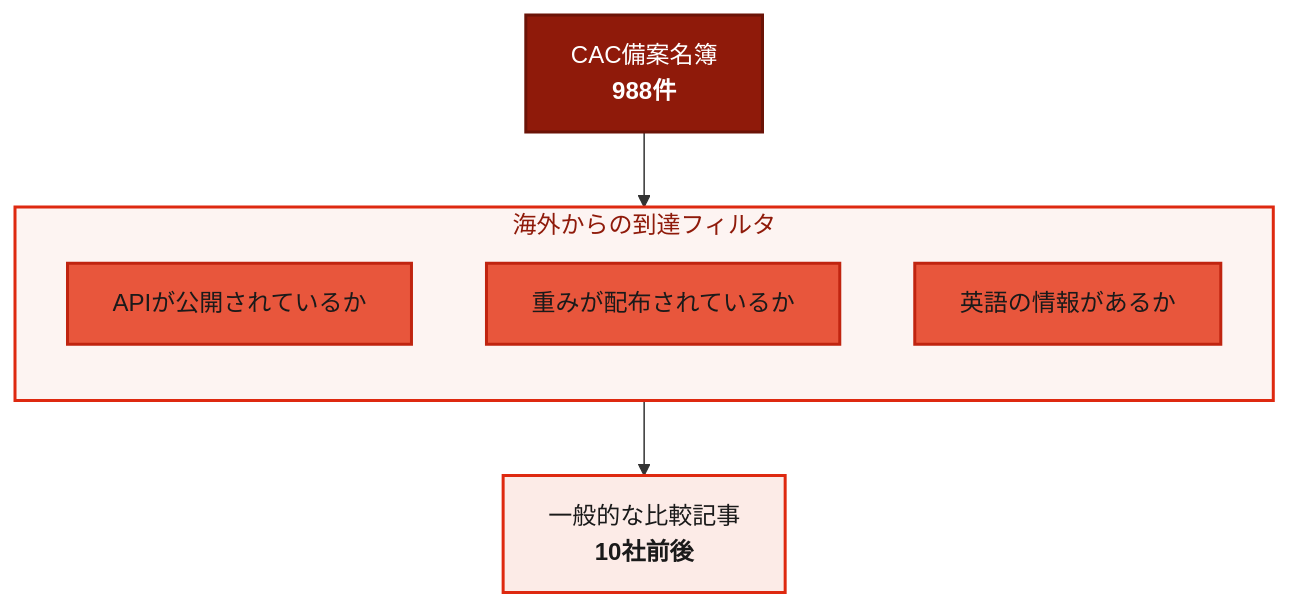
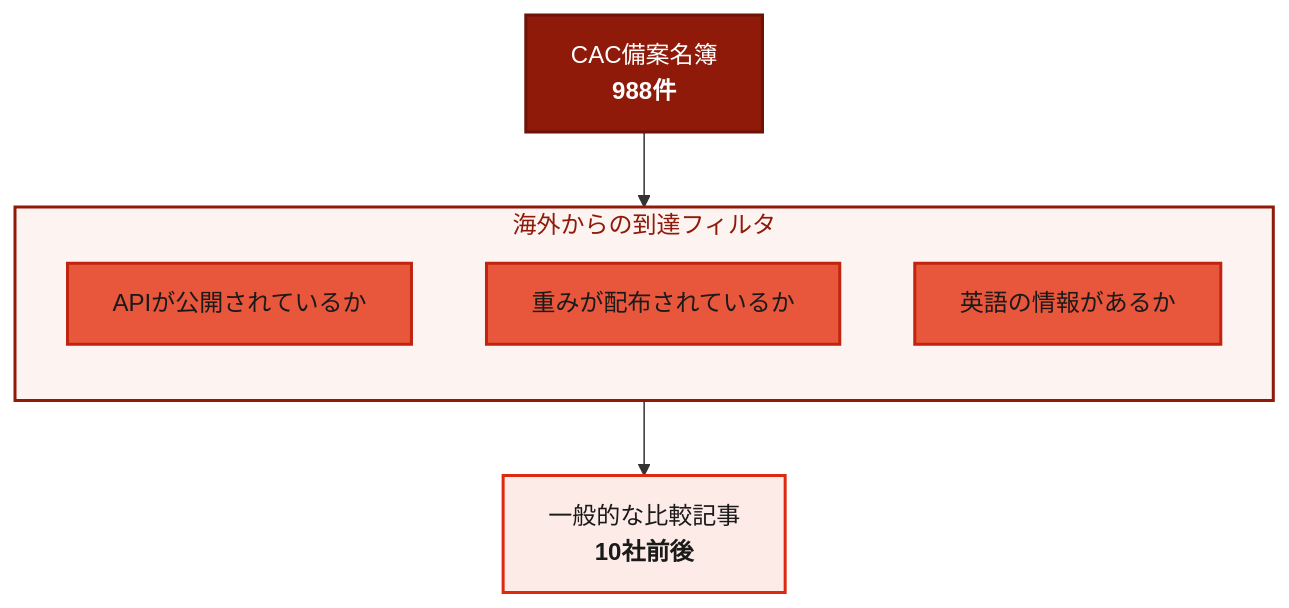
The first of 10 diagrams in docs/jp/the-china-ai-registry_JP.md (Leading-AI-IO/the-china-ai-registry), drawn with Mermaid before and after one commit. The commit also changed other lines of this file, not shown here.

````diff
--- a/docs/jp/the-china-ai-registry_JP.md
+++ b/docs/jp/the-china-ai-registry_JP.md
@@ -64,25 +83,25 @@
 ```mermaid
 flowchart TB
     P["CAC備案名簿<br/><b>988件</b>"]
 
     subgraph FILTER["海外からの到達フィルタ"]
         direction TB
         F1["APIが公開されているか"]
         F2["重みが配布されているか"]
         F3["英語の情報があるか"]
     end
 
     V["一般的な比較記事<br/><b>10社前後</b>"]
 
     P --> FILTER --> V
 
     classDef g1 fill:#8F1A0A,stroke:#6B1307,stroke-width:2px,color:#FFFFFF
     classDef g2 fill:#C02410,stroke:#8F1A0A,stroke-width:2px,color:#FFFFFF
     classDef g3 fill:#E8563C,stroke:#C02410,stroke-width:2px,color:#1A1A1A
     classDef g4 fill:#F5A895,stroke:#DE2910,stroke-width:2px,color:#1A1A1A
     classDef g5 fill:#FCEBE7,stroke:#DE2910,stroke-width:2px,color:#1A1A1A
     class P g1
     class F1,F2,F3 g3
     class V g5
-    style FILTER fill:#FDF4F2,stroke:#DE2910,stroke-width:2px,color:#8F1A0A
+    style FILTER fill:#FDF4F2,stroke:#8F1A0A,stroke-width:2px,color:#8F1A0A
 ```
````
